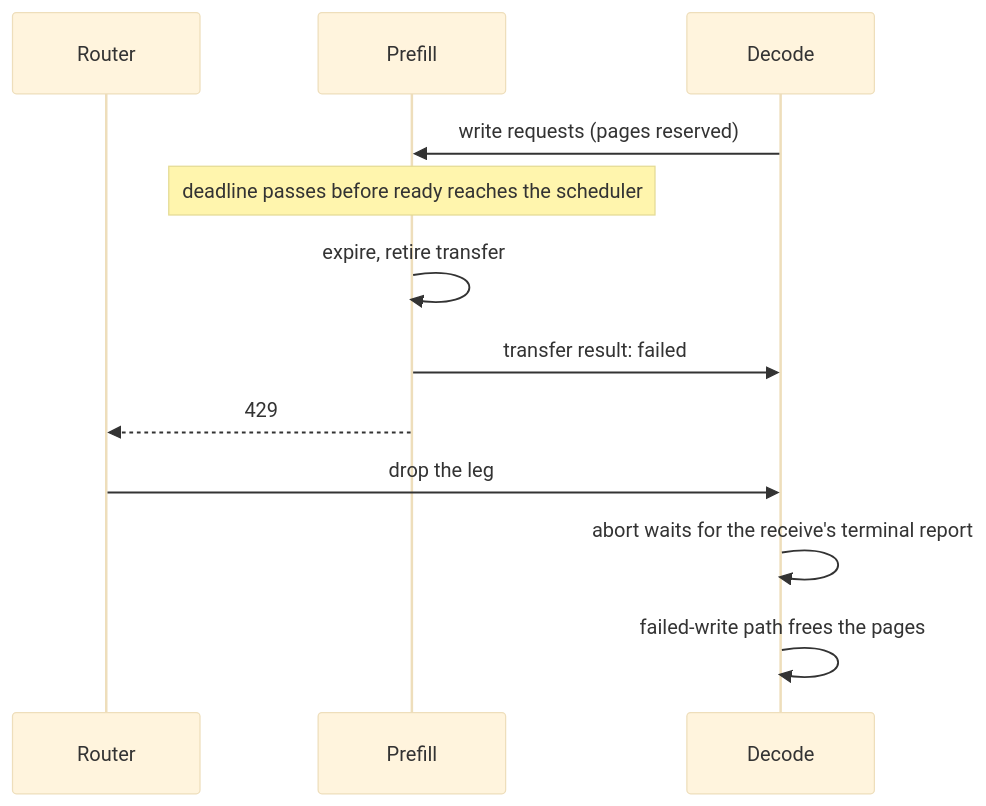
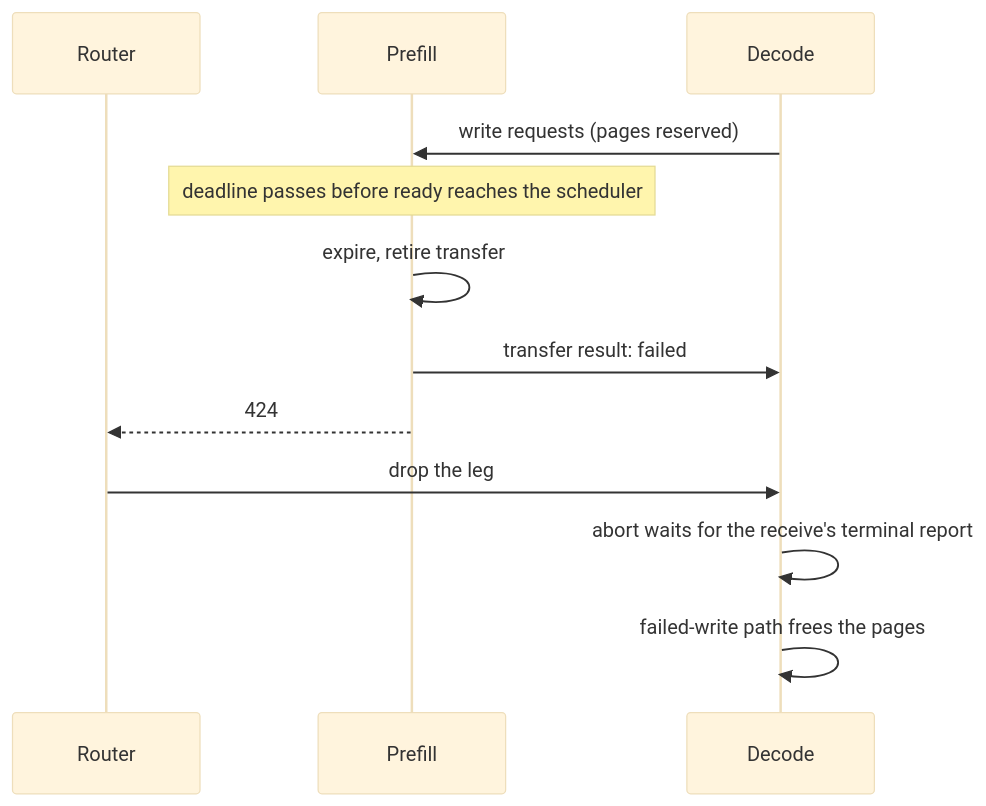
Before and after one commit to MengqingCao/ATOM: the second of 6 diagrams in docs/pd_admission_timeout.md, drawn with Mermaid (base theme). The commit also changed other lines of this file, not shown here.

````diff
--- a/docs/pd_admission_timeout.md
+++ b/docs/pd_admission_timeout.md
@@ -78,14 +80,14 @@
 ```mermaid
 sequenceDiagram
     participant R as Router
     participant P as Prefill
     participant D as Decode
     D->>P: write requests (pages reserved)
     Note over P: deadline passes before ready reaches the scheduler
     P->>P: expire, retire transfer
     P->>D: transfer result: failed
-    P-->>R: 429
+    P-->>R: 424
     R->>D: drop the leg
     D->>D: abort waits for the receive's terminal report
     D->>D: failed-write path frees the pages
 ```
````
